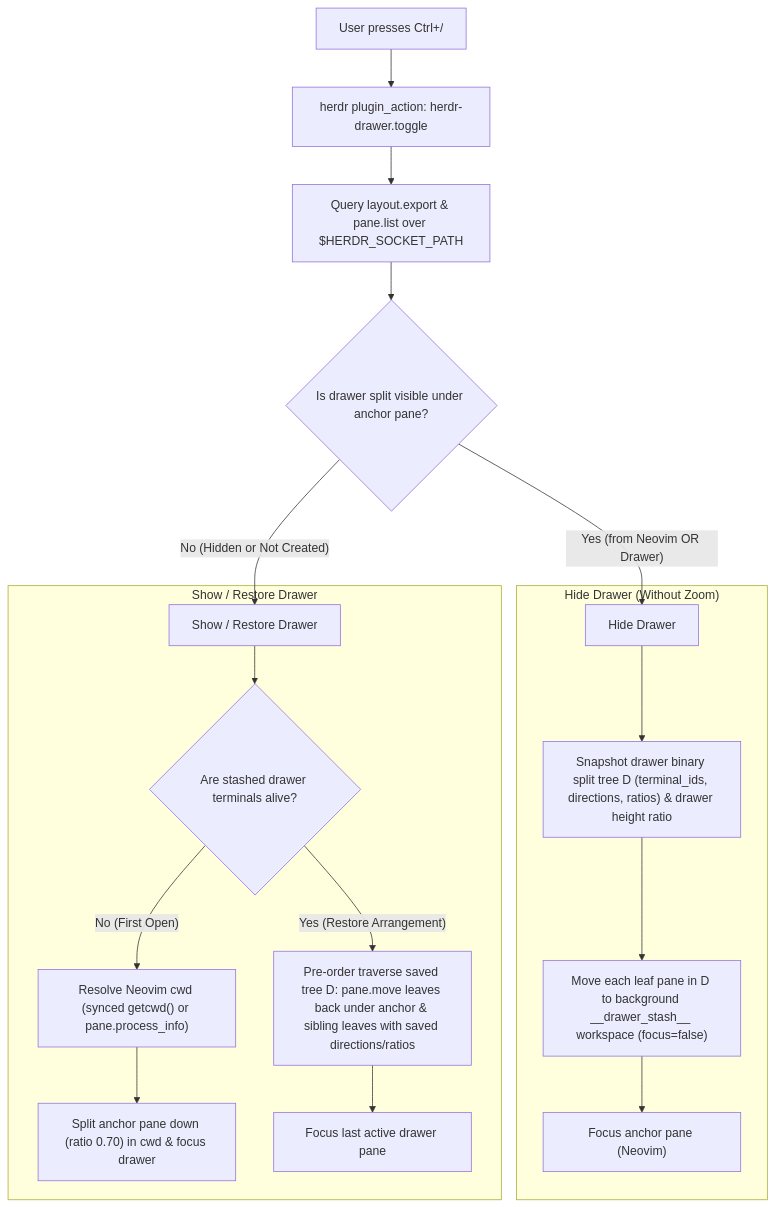
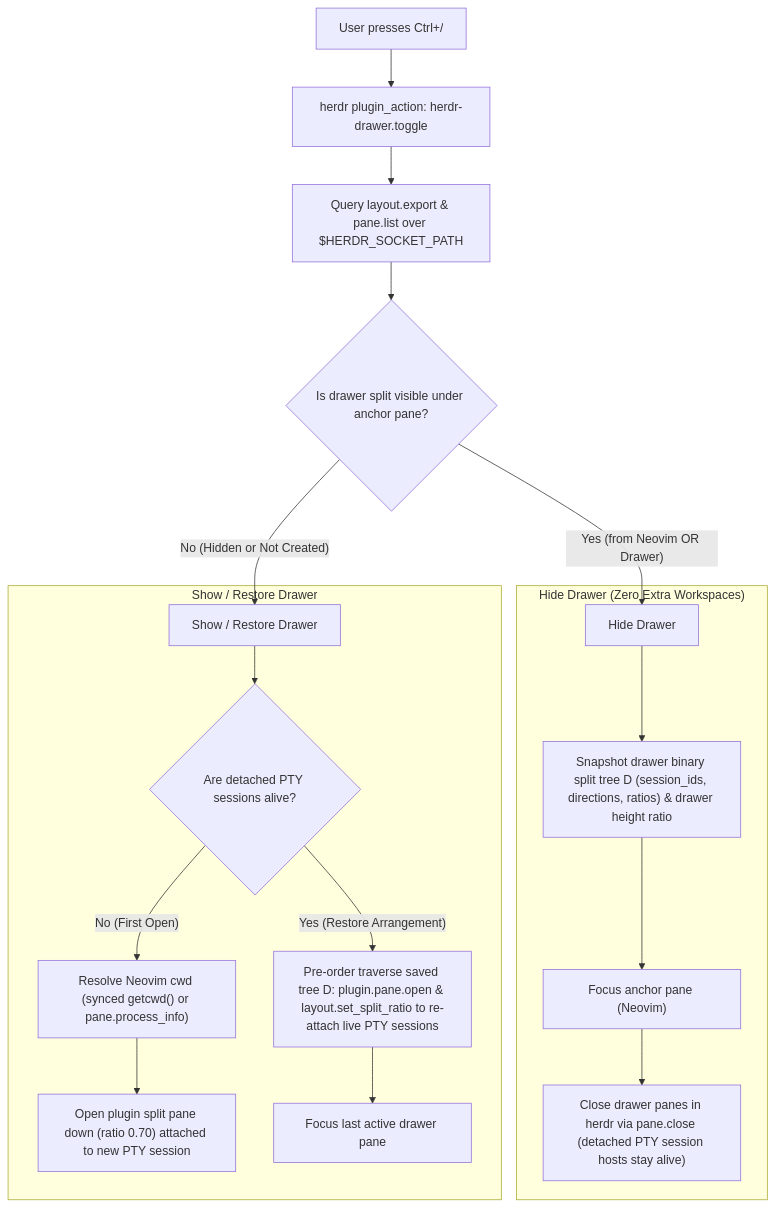
One commit to iancharters/herdr-drawer changed the first of 2 diagrams in README.md. Above: the diagram before and after it, drawn with Mermaid. The commit also changed other lines of this file and 7 other files, not shown here.

Commit message:
feat: replace stash workspace with detached PTY session hosts

````diff
--- a/README.md
+++ b/README.md
@@ -72,23 +72,23 @@
 ```mermaid
 flowchart TD
     KeyPress["User presses Ctrl+/"] --> HerdrAction["herdr plugin_action: herdr-drawer.toggle"]
     HerdrAction --> InspectLayout["Query layout.export & pane.list over $HERDR_SOCKET_PATH"]
     InspectLayout --> IsVisible{"Is drawer split visible under anchor pane?"}
 
     IsVisible -->|"Yes (from Neovim OR Drawer)"| HideFlow["Hide Drawer"]
     IsVisible -->|"No (Hidden or Not Created)"| ShowFlow["Show / Restore Drawer"]
 
-    subgraph hideSubgraph ["Hide Drawer (Without Zoom)"]
-        HideFlow --> SnapshotTree["Snapshot drawer binary split tree D (terminal_ids, directions, ratios) & drawer height ratio"]
-        SnapshotTree --> StashPanes["Move each leaf pane in D to background __drawer_stash__ workspace (focus=false)"]
-        StashPanes --> FocusEditor["Focus anchor pane (Neovim)"]
+    subgraph hideSubgraph ["Hide Drawer (Zero Extra Workspaces)"]
+        HideFlow --> SnapshotTree["Snapshot drawer binary split tree D (session_ids, directions, ratios) & drawer height ratio"]
+        SnapshotTree --> FocusEditor["Focus anchor pane (Neovim)"]
+        FocusEditor --> ClosePanes["Close drawer panes in herdr via pane.close (detached PTY session hosts stay alive)"]
     end
 
     subgraph showSubgraph ["Show / Restore Drawer"]
-        ShowFlow --> HasAlivePanes{"Are stashed drawer terminals alive?"}
+        ShowFlow --> HasAlivePanes{"Are detached PTY sessions alive?"}
         HasAlivePanes -->|"No (First Open)"| ResolveCwd["Resolve Neovim cwd (synced getcwd() or pane.process_info)"]
-        ResolveCwd --> SplitDown["Split anchor pane down (ratio 0.70) in cwd & focus drawer"]
-        HasAlivePanes -->|"Yes (Restore Arrangement)"| PreOrder["Pre-order traverse saved tree D: pane.move leaves back under anchor & sibling leaves with saved directions/ratios"]
+        ResolveCwd --> SplitDown["Open plugin split pane down (ratio 0.70) attached to new PTY session"]
+        HasAlivePanes -->|"Yes (Restore Arrangement)"| PreOrder["Pre-order traverse saved tree D: plugin.pane.open & layout.set_split_ratio to re-attach live PTY sessions"]
         PreOrder --> RestoreFocus["Focus last active drawer pane"]
     end
 ```
````
